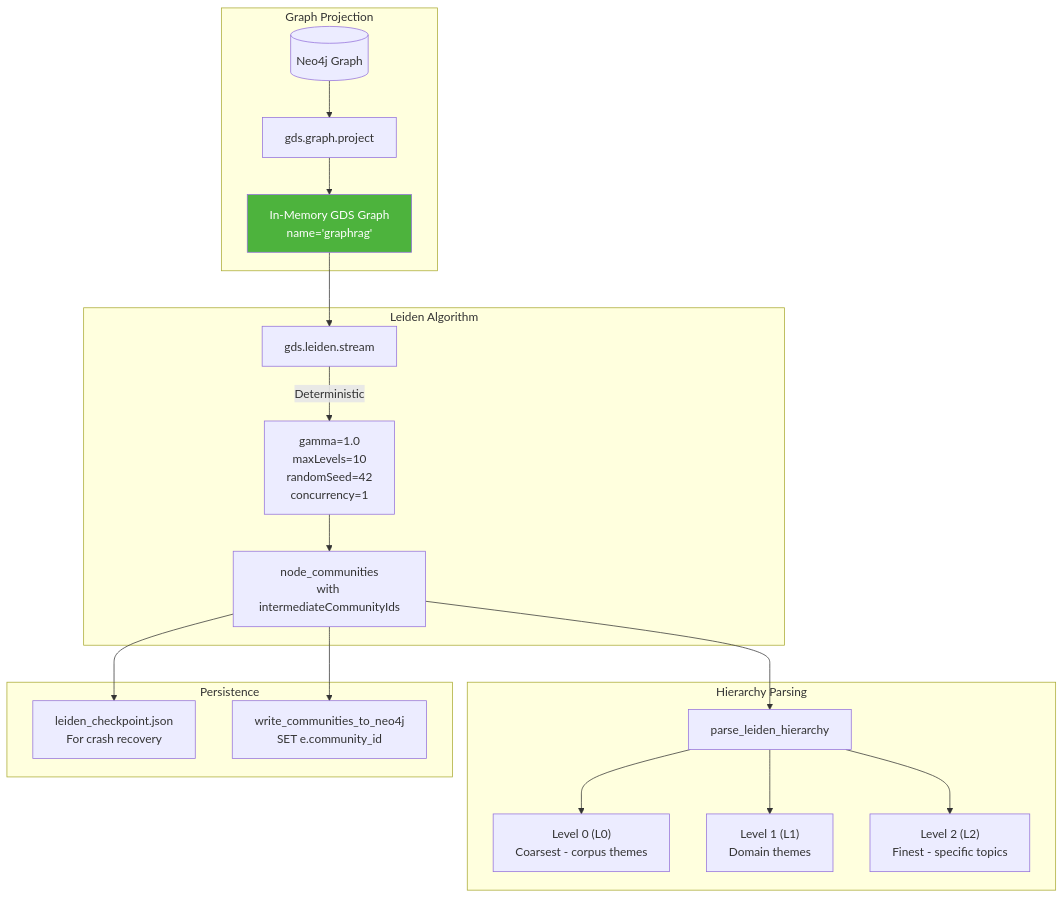
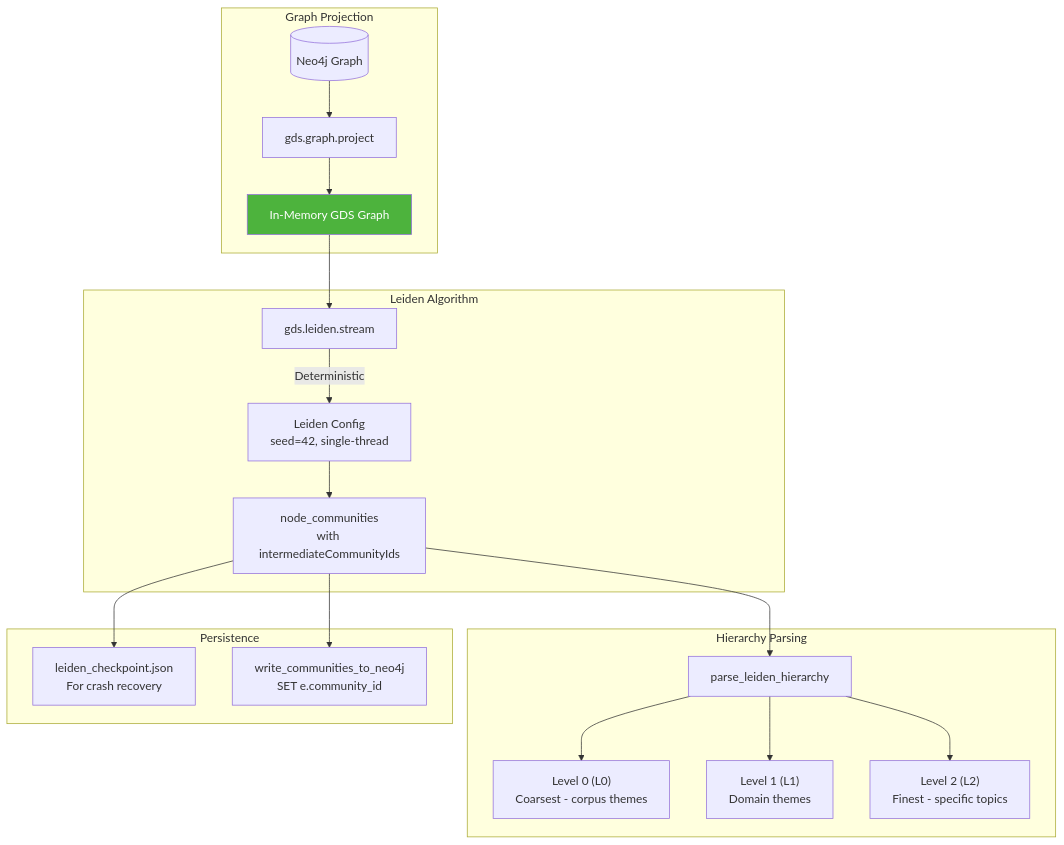
The fourth of 8 diagrams in memory-bank/graphrag/graphrag_raglab_implementation.md (crlsrmrlsz/raglab), drawn with Mermaid before and after one commit. The commit also changed other lines of this file, not shown here.

First line of the commit message:
fix(docs): resolve mermaid parsing errors in GraphRAG doc

````diff
--- a/memory-bank/graphrag/graphrag_raglab_implementation.md
+++ b/memory-bank/graphrag/graphrag_raglab_implementation.md
@@ -291,27 +291,27 @@
 ```mermaid
 flowchart TB
     subgraph Projection["Graph Projection"]
         NEO4J[(Neo4j Graph)] --> PROJECT[gds.graph.project]
-        PROJECT --> GDS_GRAPH[In-Memory GDS Graph<br/>name='graphrag']
+        PROJECT --> GDS_GRAPH["In-Memory GDS Graph"]
     end
 
     subgraph Algorithm["Leiden Algorithm"]
         GDS_GRAPH --> LEIDEN[gds.leiden.stream]
-        LEIDEN --> |Deterministic| CONFIG["gamma=1.0<br/>maxLevels=10<br/>randomSeed=42<br/>concurrency=1"]
+        LEIDEN --> |Deterministic| CONFIG["Leiden Config<br/>seed=42, single-thread"]
         CONFIG --> RESULT[node_communities<br/>with intermediateCommunityIds]
     end
 
     subgraph Hierarchy["Hierarchy Parsing"]
         RESULT --> PARSE[parse_leiden_hierarchy]
         PARSE --> L0["Level 0 (L0)<br/>Coarsest - corpus themes"]
         PARSE --> L1["Level 1 (L1)<br/>Domain themes"]
         PARSE --> L2["Level 2 (L2)<br/>Finest - specific topics"]
     end
 
     subgraph Persist["Persistence"]
         RESULT --> CHECKPOINT[leiden_checkpoint.json<br/>For crash recovery]
         RESULT --> WRITE[write_communities_to_neo4j<br/>SET e.community_id]
     end
 
     style GDS_GRAPH fill:#4db33d,color:white
 ```
````
